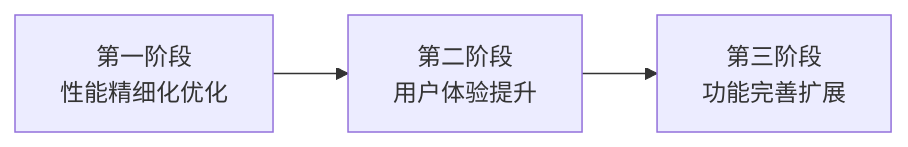
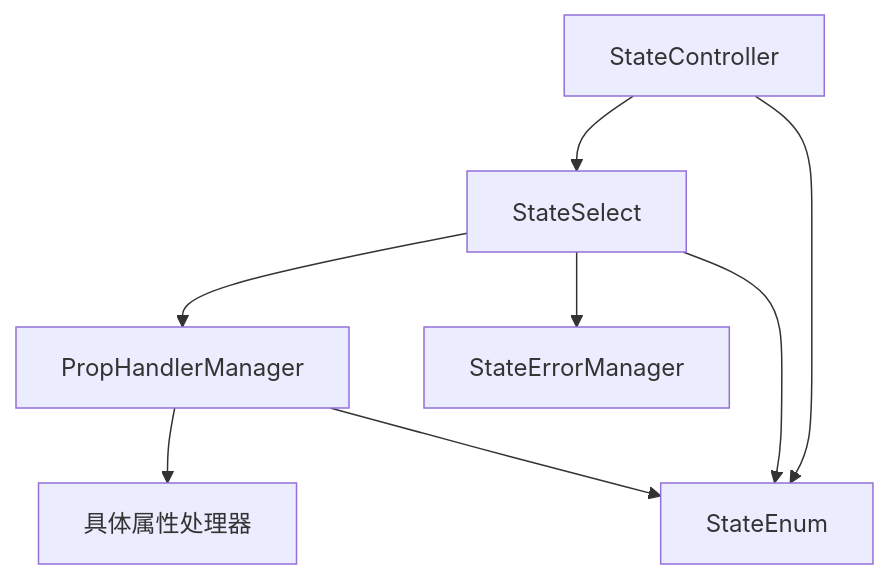
Before and after one commit to fenglimg/cocos-state-controller: the diagram in README.md, drawn with Mermaid. The commit also changed other lines of this file and 14 other files, not shown here.

````diff
--- a/README.md
+++ b/README.md
@@ -72,5 +477,10 @@
 ```mermaid
-graph LR
-    A[第一阶段<br/>性能精细化优化] --> B[第二阶段<br/>用户体验提升]
-    B --> C[第三阶段<br/>功能完善扩展]
+graph TD
+    A[StateController] --> B[StateSelect]
+    B --> C[PropHandlerManager]
+    C --> D[具体属性处理器]
+    B --> E[StateErrorManager]
+    A --> F[StateEnum]
+    B --> F
+    C --> F
 ```
````
